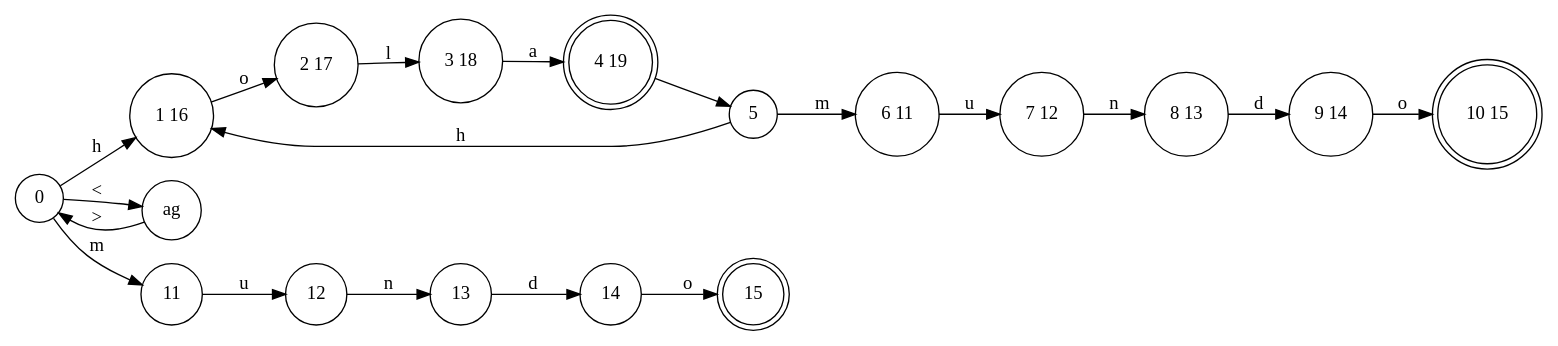
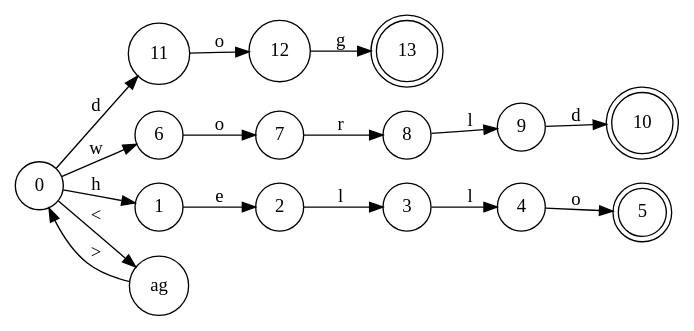
The diagram in determinante.dot (GdeAchaval/automaton), drawn with Graphviz before and after one commit. The commit also changed 6 other files, not shown here.

```diff
--- a/determinante.dot
+++ b/determinante.dot
@@ -1,41 +1,36 @@
 digraph {
 rankdir = "LR";
 // NODES
 node [shape=circle] Node_0[label="0"];
-node [shape=circle] Node_1_16[label="1 16"];
+node [shape=circle] Node_11[label="11"];
+node [shape=circle] Node_6[label="6"];
+node [shape=circle] Node_1[label="1"];
 node [shape=circle] Nodetag[label="ag"];
-node [shape=circle] Node_11[label="11"];
-node [shape=circle] Node_2_17[label="2 17"];
 node [shape=circle] Node_12[label="12"];
-node [shape=circle] Node_3_18[label="3 18"];
-node [shape=circle] Node_13[label="13"];
-node [shape=doublecircle] Node_4_19[label="4 19"];
-node [shape=circle] Node_14[label="14"];
-node [shape=circle] Node_5[label="5"];
-node [shape=doublecircle] Node_15[label="15"];
-node [shape=circle] Node_6_11[label="6 11"];
-node [shape=circle] Node_7_12[label="7 12"];
-node [shape=circle] Node_8_13[label="8 13"];
-node [shape=circle] Node_9_14[label="9 14"];
-node [shape=doublecircle] Node_10_15[label="10 15"];
+node [shape=circle] Node_7[label="7"];
+node [shape=circle] Node_2[label="2"];
+node [shape=doublecircle] Node_13[label="13"];
+node [shape=circle] Node_8[label="8"];
+node [shape=circle] Node_3[label="3"];
+node [shape=circle] Node_9[label="9"];
+node [shape=circle] Node_4[label="4"];
+node [shape=doublecircle] Node_10[label="10"];
+node [shape=doublecircle] Node_5[label="5"];
 
 // TRANSITIONS
-Node_0 -> Node_1_16 [label="h"];
+Node_0 -> Node_11 [label="d"];
+Node_0 -> Node_6 [label="w"];
+Node_0 -> Node_1 [label="h"];
 Node_0 -> Nodetag [label="<"];
-Node_0 -> Node_11 [label="m"];
-Node_1_16 -> Node_2_17 [label="o"];
+Node_11 -> Node_12 [label="o"];
+Node_6 -> Node_7 [label="o"];
+Node_1 -> Node_2 [label="e"];
 Nodetag -> Node_0 [label=">"];
-Node_11 -> Node_12 [label="u"];
-Node_2_17 -> Node_3_18 [label="l"];
-Node_12 -> Node_13 [label="n"];
-Node_3_18 -> Node_4_19 [label="a"];
-Node_13 -> Node_14 [label="d"];
-Node_4_19 -> Node_5 [label=" "];
-Node_14 -> Node_15 [label="o"];
-Node_5 -> Node_1_16 [label="h"];
-Node_5 -> Node_6_11 [label="m"];
-Node_6_11 -> Node_7_12 [label="u"];
-Node_7_12 -> Node_8_13 [label="n"];
-Node_8_13 -> Node_9_14 [label="d"];
-Node_9_14 -> Node_10_15 [label="o"];
+Node_12 -> Node_13 [label="g"];
+Node_7 -> Node_8 [label="r"];
+Node_2 -> Node_3 [label="l"];
+Node_8 -> Node_9 [label="l"];
+Node_3 -> Node_4 [label="l"];
+Node_9 -> Node_10 [label="d"];
+Node_4 -> Node_5 [label="o"];
 }
```
